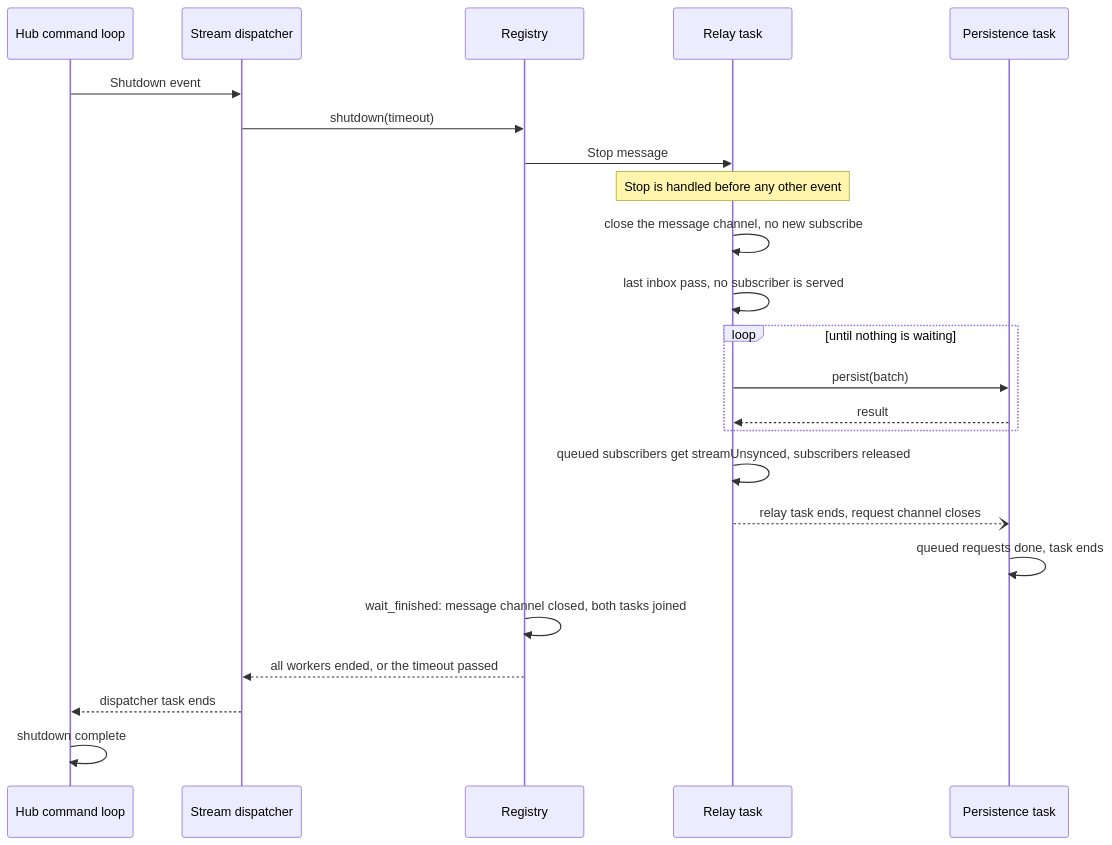
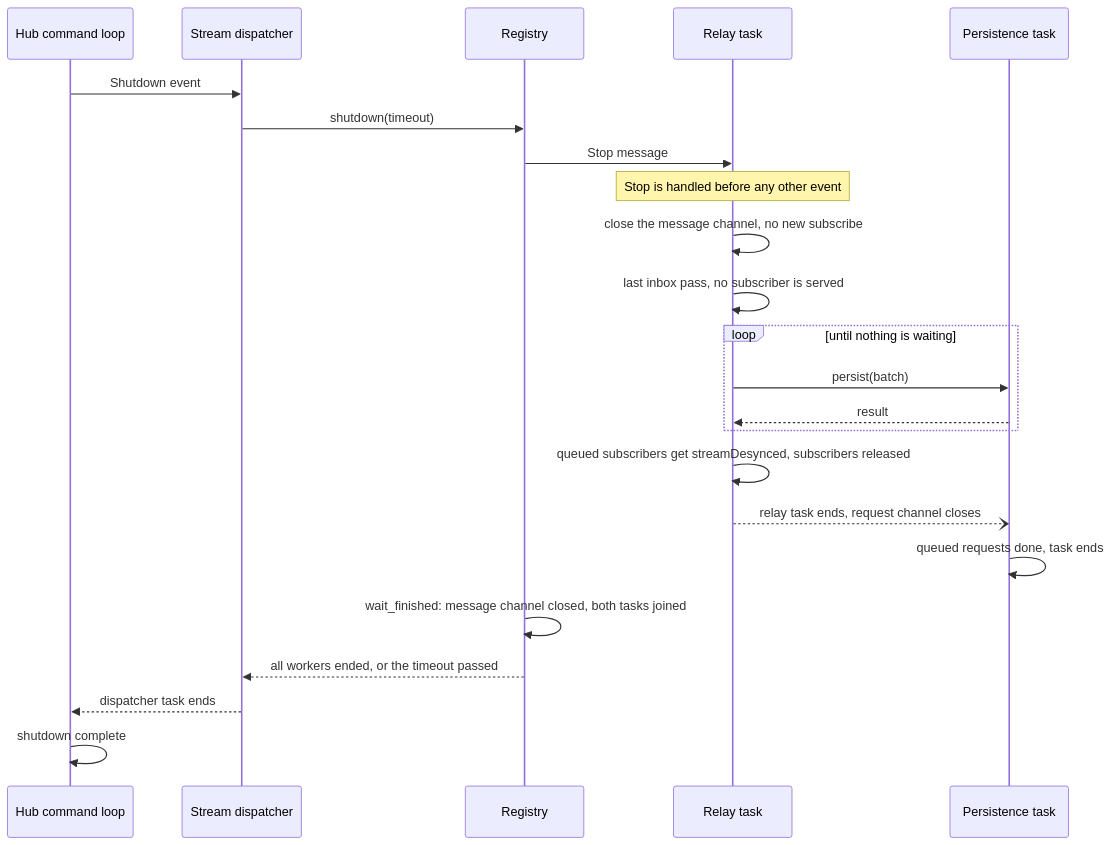
Before and after one commit to gzp79/shine-services: the seventh of 8 diagrams in docs/services/builder/command-stream.md, drawn with Mermaid. The commit also changed other lines of this file and 21 other files, not shown here.

````diff
--- a/docs/services/builder/command-stream.md
+++ b/docs/services/builder/command-stream.md
@@ -249,26 +249,26 @@
 ```mermaid
 sequenceDiagram
     participant H as Hub command loop
     participant D as Stream dispatcher
     participant R as Registry
     participant A as Relay task
     participant P as Persistence task
 
     H->>D: Shutdown event
     D->>R: shutdown(timeout)
     R->>A: Stop message
     Note over A: Stop is handled before any other event
     A->>A: close the message channel, no new subscribe
     A->>A: last inbox pass, no subscriber is served
     loop until nothing is waiting
         A->>P: persist(batch)
         P-->>A: result
     end
-    A->>A: queued subscribers get streamUnsynced, subscribers released
+    A->>A: queued subscribers get streamDesynced, subscribers released
     A--)P: relay task ends, request channel closes
     P->>P: queued requests done, task ends
     R->>R: wait_finished: message channel closed, both tasks joined
     R-->>D: all workers ended, or the timeout passed
     D-->>H: dispatcher task ends
     H->>H: shutdown complete
 ```
````
